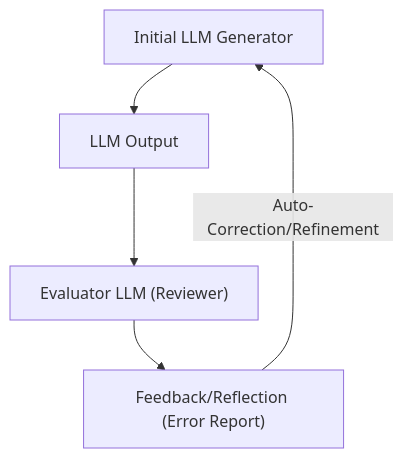
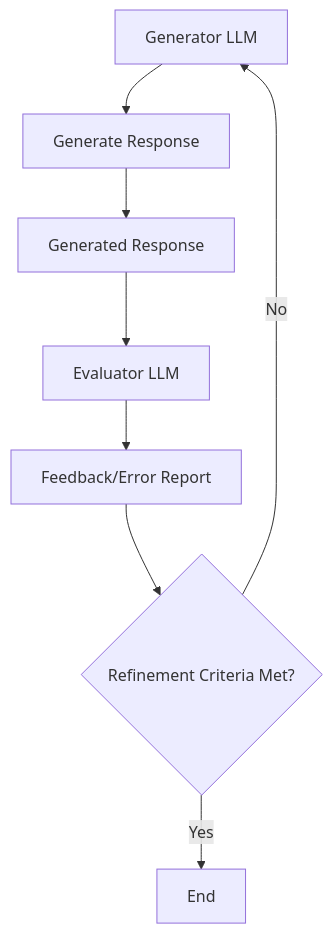
One commit to iusztinpaul/agentic-ai-engineering-course-data changed the fifth of 9 diagrams in data/inputs/tests/02_sample_medium/article.md. Above: the diagram before and after it, drawn with Mermaid. The commit also changed other lines of this file and 3 other files, not shown here.

````diff
--- a/data/inputs/tests/02_sample_medium/article.md
+++ b/data/inputs/tests/02_sample_medium/article.md
@@ -130,7 +137,10 @@
 ```mermaid
 graph TD
-    A["Initial LLM Generator"] --> B["LLM Output"]
-    B --> C["Evaluator LLM (Reviewer)"]
-    C --> D["Feedback/Reflection (Error Report)"]
-    D -->|"Auto-Correction/Refinement"| A
+    A["Generator LLM"] --> B["Generate Response"]
+    B --> C["Generated Response"]
+    C --> D["Evaluator LLM"]
+    D --> E["Feedback/Error Report"]
+    E --> F{"Refinement Criteria Met?"}
+    F -->|"No"| A
+    F -->|"Yes"| G["End"]
 ```
````
